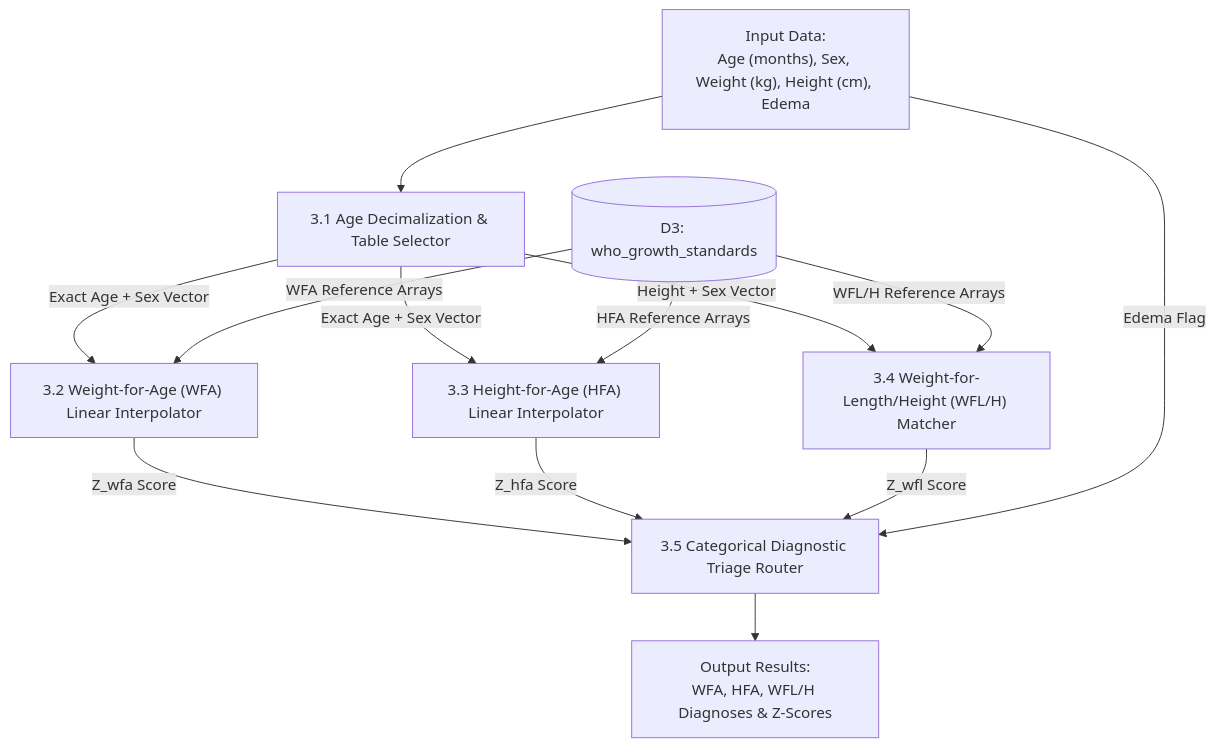
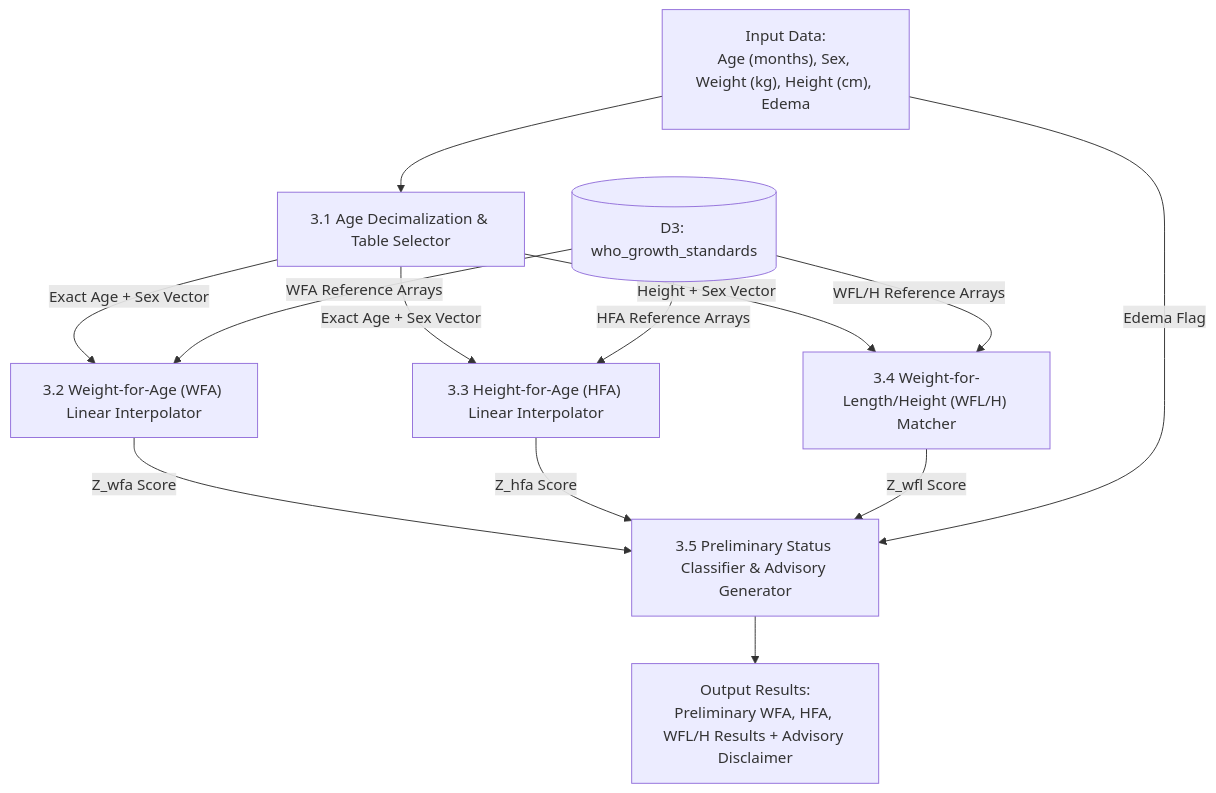
Before and after one commit to duustin25/women_and_family_new: the third of 3 diagrams in docs/modules/bcpc/dfd.md, drawn with Mermaid. The commit also changed other lines of this file and 58 other files, not shown here.

````diff
--- a/docs/modules/bcpc/dfd.md
+++ b/docs/modules/bcpc/dfd.md
@@ -96,28 +101,28 @@
 ```mermaid
 flowchart TD
     In_Data["Input Data:<br/>Age (months), Sex, Weight (kg), Height (cm), Edema"]
     D3[("D3: who_growth_standards")]
-    Out_Diagnoses["Output Results:<br/>WFA, HFA, WFL/H Diagnoses & Z-Scores"]
+    Out_Diagnoses["Output Results:<br/>Preliminary WFA, HFA, WFL/H Results + Advisory Disclaimer"]
 
     P3_1["3.1 Age Decimalization & Table Selector"]
     P3_2["3.2 Weight-for-Age (WFA) Linear Interpolator"]
     P3_3["3.3 Height-for-Age (HFA) Linear Interpolator"]
     P3_4["3.4 Weight-for-Length/Height (WFL/H) Matcher"]
-    P3_5["3.5 Categorical Diagnostic Triage Router"]
+    P3_5["3.5 Preliminary Status Classifier & Advisory Generator"]
 
     In_Data --> P3_1
     P3_1 -->|Exact Age + Sex Vector| P3_2
     P3_1 -->|Exact Age + Sex Vector| P3_3
     P3_1 -->|Height + Sex Vector| P3_4
 
     D3 -->|WFA Reference Arrays| P3_2
     D3 -->|HFA Reference Arrays| P3_3
     D3 -->|WFL/H Reference Arrays| P3_4
 
     P3_2 -->|Z_wfa Score| P3_5
     P3_3 -->|Z_hfa Score| P3_5
     P3_4 -->|Z_wfl Score| P3_5
     In_Data -->|Edema Flag| P3_5
 
     P3_5 --> Out_Diagnoses
 ```
````
